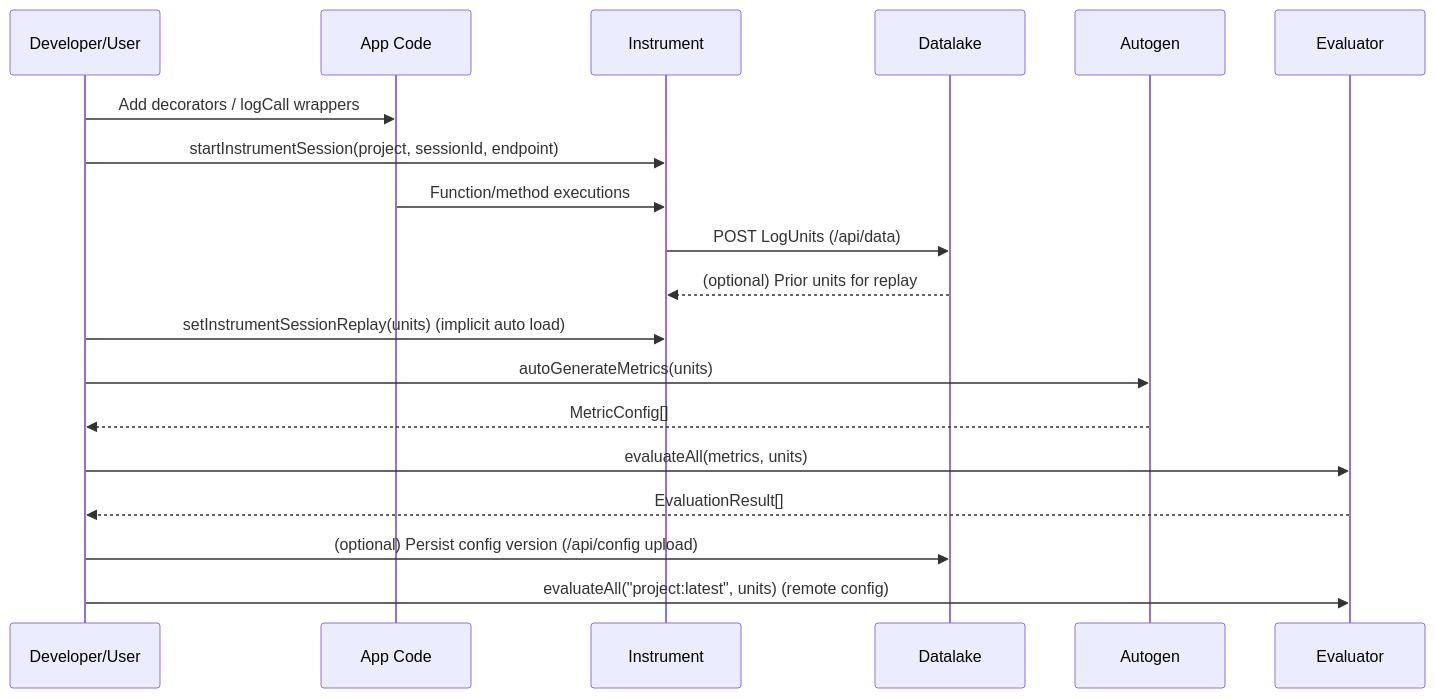
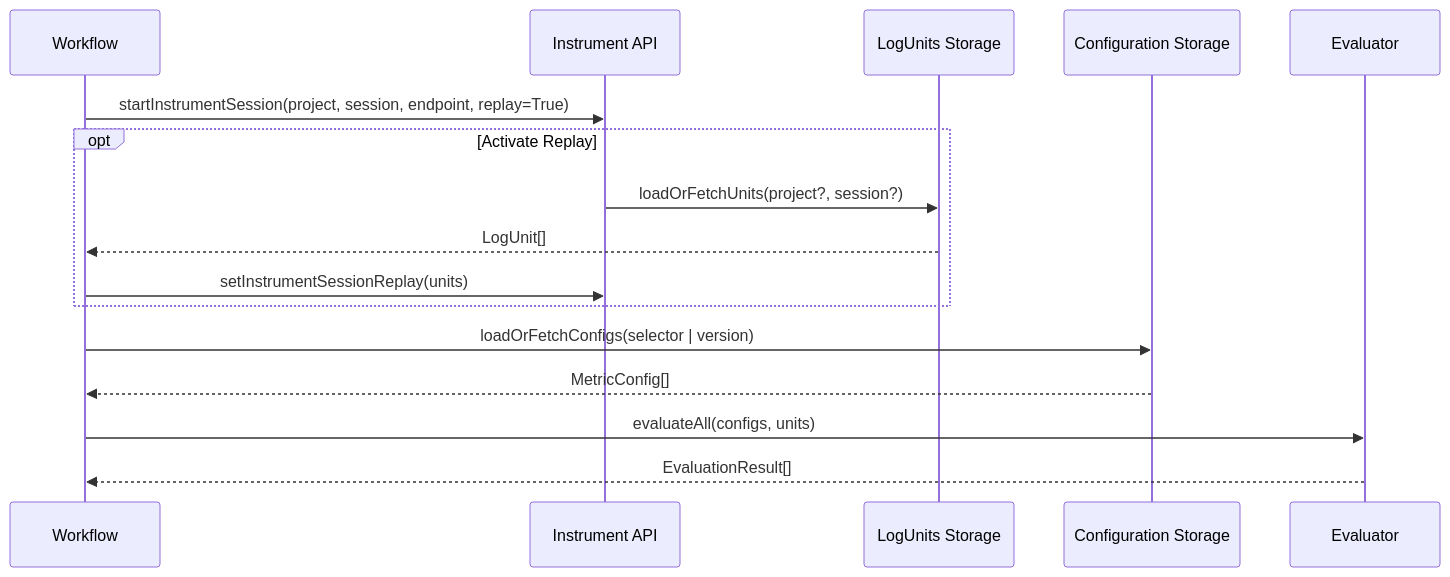
One commit to wcpeter1988/instrument changed the fifth of 7 diagrams in design.md. Above: the diagram before and after it, drawn with Mermaid. The commit also changed other lines of this file and 54 other files, not shown here.

````diff
--- a/design.md
+++ b/design.md
@@ -208,22 +326,19 @@
 ```mermaid
 sequenceDiagram
-  participant Dev as Developer/User
-  participant Code as App Code
-  participant Inst as Instrument
-  participant DL as Datalake
-  participant Auto as Autogen
+  participant Dev as Workflow
+  participant Replay as Instrument API
+  participant UnitsStore as LogUnits Storage
+  participant ConfigStore as Configuration Storage
   participant Eval as Evaluator
 
-  Dev->>Code: Add decorators / logCall wrappers
-  Dev->>Inst: startInstrumentSession(project, sessionId, endpoint)
-  Code->>Inst: Function/method executions
-  Inst->>DL: POST LogUnits (/api/data)
-  DL-->>Inst: (optional) Prior units for replay
-  Dev->>Inst: setInstrumentSessionReplay(units) (implicit auto load)
-  Dev->>Auto: autoGenerateMetrics(units)
-  Auto-->>Dev: MetricConfig[]
-  Dev->>Eval: evaluateAll(metrics, units)
+  Dev->>Replay: startInstrumentSession(project, session, endpoint, replay=True)
+  opt Activate Replay
+    Replay->>UnitsStore: loadOrFetchUnits(project?, session?)
+    UnitsStore-->>Dev: LogUnit[]
+    Dev->>Replay: setInstrumentSessionReplay(units)
+  end
+  Dev->>ConfigStore: loadOrFetchConfigs(selector | version)
+  ConfigStore-->>Dev: MetricConfig[]
+  Dev->>Eval: evaluateAll(configs, units)
   Eval-->>Dev: EvaluationResult[]
-  Dev->>DL: (optional) Persist config version (/api/config upload)
-  Dev->>Eval: evaluateAll("project:latest", units) (remote config)
 ```
````
